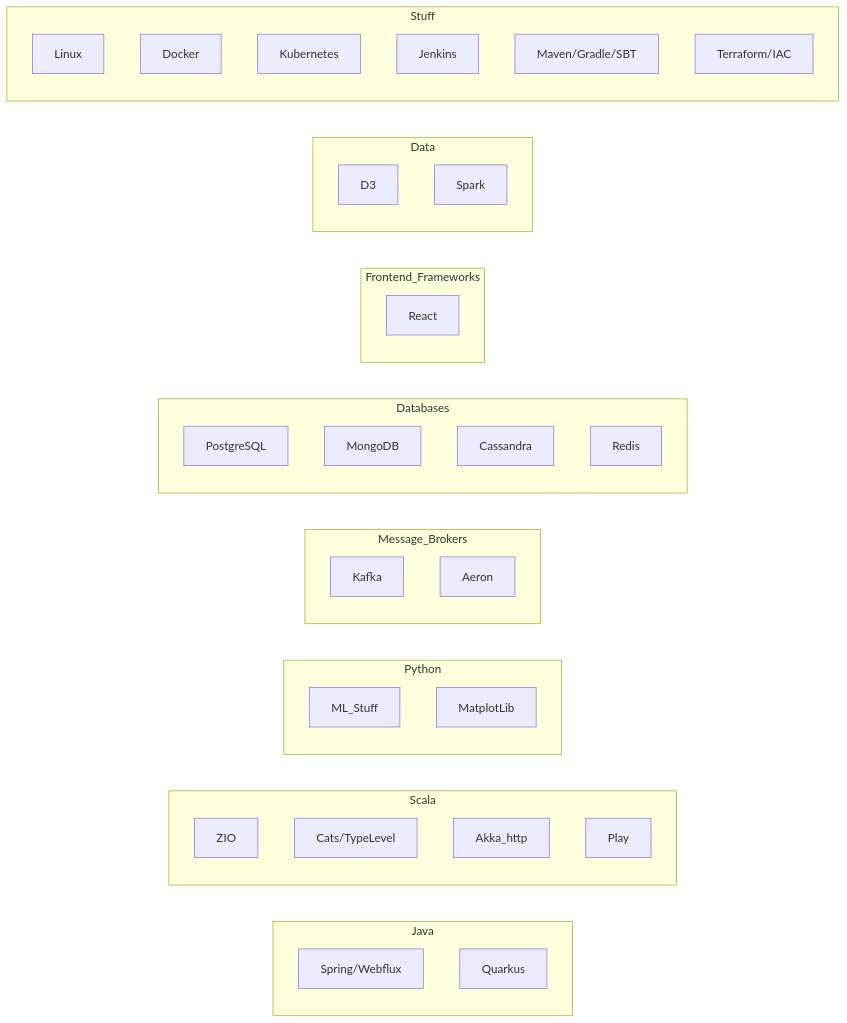
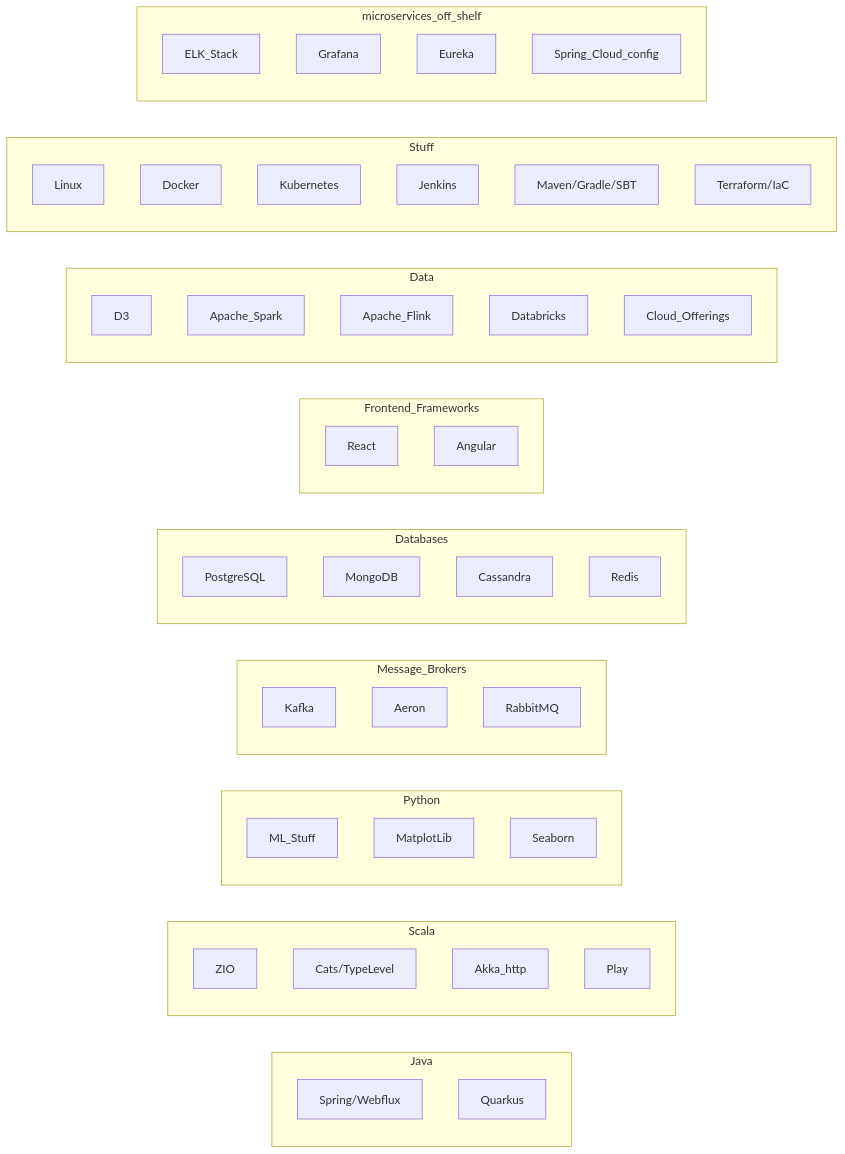
Before and after one commit to marwhals/system-design-notes: the diagram in src/tech_tradeoffs/map_sketch.md, drawn with Mermaid.

Commit message:
Make additions

````diff
--- a/src/tech_tradeoffs/map_sketch.md
+++ b/src/tech_tradeoffs/map_sketch.md
@@ -9,49 +9,64 @@
 ```mermaid
 graph LR
     subgraph Java
         Spring/Webflux
         Quarkus
     end
 
     subgraph Scala
         ZIO
         Cats/TypeLevel
         Akka_http
         Play
     end
 
     subgraph Python
         ML_Stuff
         MatplotLib
+        Seaborn
     end
 
     subgraph Message_Brokers
         Kafka
         Aeron
+        RabbitMQ
         end
 
     subgraph Databases
         PostgreSQL
         MongoDB
         Cassandra
         Redis
     end
 
     subgraph Frontend_Frameworks
         React
+        Angular
     end
 
     subgraph Data
         D3
-        Spark
+        Apache_Spark
+        Apache_Flink
+        Databricks
+        Cloud_Offerings
     end
 
     subgraph Stuff
         Linux
         Docker
         Kubernetes
         Jenkins
         Maven/Gradle/SBT
-        Terraform/IAC
+        Terraform/IaC
     end
+    
+    subgraph microservices_off_shelf
+        ELK_Stack
+        Grafana
+        Eureka
+        Spring_Cloud_config
+        
+    end
+    
 ```
````
